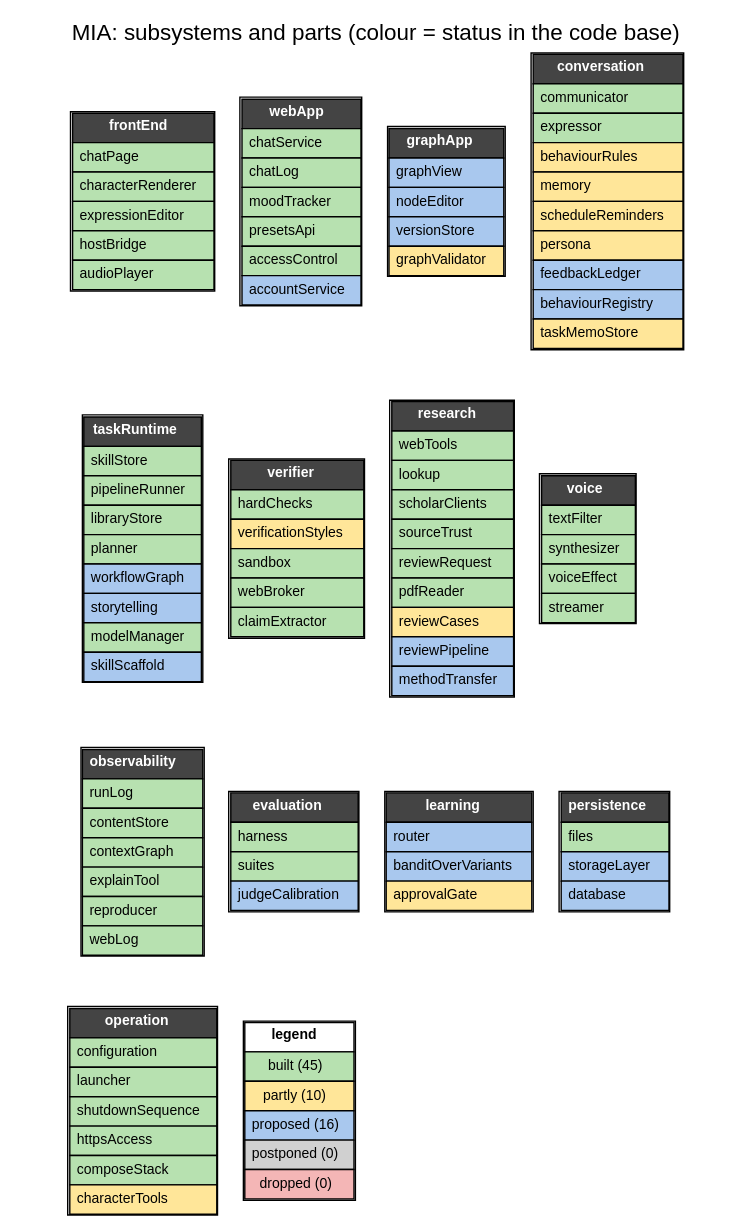
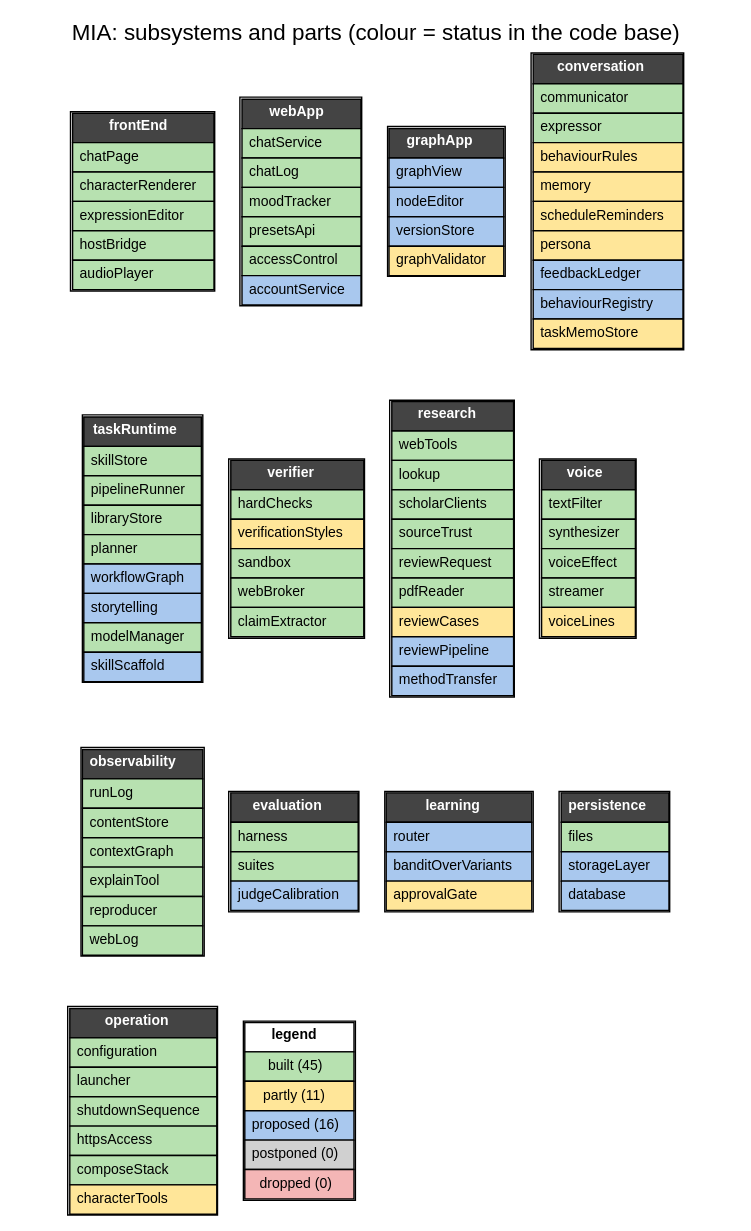
The diagram in specs/mia/diagrams/architecture.dot (maldun/MIA), drawn with Graphviz before and after one commit. The commit also changed 7 other files, not shown here.

Commit message:
specs/mia: FR-31 voice lines (were missing from the HLS), benchmark data stays as files in eval/, AC-13

```diff
--- a/specs/mia/diagrams/architecture.dot
+++ b/specs/mia/diagrams/architecture.dot
@@ -1,35 +1,35 @@
 digraph A {
 rankdir=TB; fontname="Helvetica"; node [shape=plain, fontname="Helvetica", fontsize=10]; edge [style=invis];
 label="MIA: subsystems and parts (colour = status in the code base)"; labelloc=t; fontsize=16;
 "frontEnd" [label=<<TABLE BORDER="1" CELLBORDER="1" CELLSPACING="0" CELLPADDING="4"><TR><TD BGCOLOR="#444444"><FONT COLOR="white"><B>frontEnd</B></FONT></TD></TR><TR><TD ALIGN="LEFT" BGCOLOR="#b7e1b0">chatPage</TD></TR><TR><TD ALIGN="LEFT" BGCOLOR="#b7e1b0">characterRenderer</TD></TR><TR><TD ALIGN="LEFT" BGCOLOR="#b7e1b0">expressionEditor</TD></TR><TR><TD ALIGN="LEFT" BGCOLOR="#b7e1b0">hostBridge</TD></TR><TR><TD ALIGN="LEFT" BGCOLOR="#b7e1b0">audioPlayer</TD></TR></TABLE>>];
 "webApp" [label=<<TABLE BORDER="1" CELLBORDER="1" CELLSPACING="0" CELLPADDING="4"><TR><TD BGCOLOR="#444444"><FONT COLOR="white"><B>webApp</B></FONT></TD></TR><TR><TD ALIGN="LEFT" BGCOLOR="#b7e1b0">chatService</TD></TR><TR><TD ALIGN="LEFT" BGCOLOR="#b7e1b0">chatLog</TD></TR><TR><TD ALIGN="LEFT" BGCOLOR="#b7e1b0">moodTracker</TD></TR><TR><TD ALIGN="LEFT" BGCOLOR="#b7e1b0">presetsApi</TD></TR><TR><TD ALIGN="LEFT" BGCOLOR="#b7e1b0">accessControl</TD></TR><TR><TD ALIGN="LEFT" BGCOLOR="#a9c8ee">accountService</TD></TR></TABLE>>];
 "graphApp" [label=<<TABLE BORDER="1" CELLBORDER="1" CELLSPACING="0" CELLPADDING="4"><TR><TD BGCOLOR="#444444"><FONT COLOR="white"><B>graphApp</B></FONT></TD></TR><TR><TD ALIGN="LEFT" BGCOLOR="#a9c8ee">graphView</TD></TR><TR><TD ALIGN="LEFT" BGCOLOR="#a9c8ee">nodeEditor</TD></TR><TR><TD ALIGN="LEFT" BGCOLOR="#a9c8ee">versionStore</TD></TR><TR><TD ALIGN="LEFT" BGCOLOR="#ffe699">graphValidator</TD></TR></TABLE>>];
 "conversation" [label=<<TABLE BORDER="1" CELLBORDER="1" CELLSPACING="0" CELLPADDING="4"><TR><TD BGCOLOR="#444444"><FONT COLOR="white"><B>conversation</B></FONT></TD></TR><TR><TD ALIGN="LEFT" BGCOLOR="#b7e1b0">communicator</TD></TR><TR><TD ALIGN="LEFT" BGCOLOR="#b7e1b0">expressor</TD></TR><TR><TD ALIGN="LEFT" BGCOLOR="#ffe699">behaviourRules</TD></TR><TR><TD ALIGN="LEFT" BGCOLOR="#ffe699">memory</TD></TR><TR><TD ALIGN="LEFT" BGCOLOR="#ffe699">scheduleReminders</TD></TR><TR><TD ALIGN="LEFT" BGCOLOR="#ffe699">persona</TD></TR><TR><TD ALIGN="LEFT" BGCOLOR="#a9c8ee">feedbackLedger</TD></TR><TR><TD ALIGN="LEFT" BGCOLOR="#a9c8ee">behaviourRegistry</TD></TR><TR><TD ALIGN="LEFT" BGCOLOR="#ffe699">taskMemoStore</TD></TR></TABLE>>];
 "taskRuntime" [label=<<TABLE BORDER="1" CELLBORDER="1" CELLSPACING="0" CELLPADDING="4"><TR><TD BGCOLOR="#444444"><FONT COLOR="white"><B>taskRuntime</B></FONT></TD></TR><TR><TD ALIGN="LEFT" BGCOLOR="#b7e1b0">skillStore</TD></TR><TR><TD ALIGN="LEFT" BGCOLOR="#b7e1b0">pipelineRunner</TD></TR><TR><TD ALIGN="LEFT" BGCOLOR="#b7e1b0">libraryStore</TD></TR><TR><TD ALIGN="LEFT" BGCOLOR="#b7e1b0">planner</TD></TR><TR><TD ALIGN="LEFT" BGCOLOR="#a9c8ee">workflowGraph</TD></TR><TR><TD ALIGN="LEFT" BGCOLOR="#a9c8ee">storytelling</TD></TR><TR><TD ALIGN="LEFT" BGCOLOR="#b7e1b0">modelManager</TD></TR><TR><TD ALIGN="LEFT" BGCOLOR="#a9c8ee">skillScaffold</TD></TR></TABLE>>];
 "verifier" [label=<<TABLE BORDER="1" CELLBORDER="1" CELLSPACING="0" CELLPADDING="4"><TR><TD BGCOLOR="#444444"><FONT COLOR="white"><B>verifier</B></FONT></TD></TR><TR><TD ALIGN="LEFT" BGCOLOR="#b7e1b0">hardChecks</TD></TR><TR><TD ALIGN="LEFT" BGCOLOR="#ffe699">verificationStyles</TD></TR><TR><TD ALIGN="LEFT" BGCOLOR="#b7e1b0">sandbox</TD></TR><TR><TD ALIGN="LEFT" BGCOLOR="#b7e1b0">webBroker</TD></TR><TR><TD ALIGN="LEFT" BGCOLOR="#b7e1b0">claimExtractor</TD></TR></TABLE>>];
 "research" [label=<<TABLE BORDER="1" CELLBORDER="1" CELLSPACING="0" CELLPADDING="4"><TR><TD BGCOLOR="#444444"><FONT COLOR="white"><B>research</B></FONT></TD></TR><TR><TD ALIGN="LEFT" BGCOLOR="#b7e1b0">webTools</TD></TR><TR><TD ALIGN="LEFT" BGCOLOR="#b7e1b0">lookup</TD></TR><TR><TD ALIGN="LEFT" BGCOLOR="#b7e1b0">scholarClients</TD></TR><TR><TD ALIGN="LEFT" BGCOLOR="#b7e1b0">sourceTrust</TD></TR><TR><TD ALIGN="LEFT" BGCOLOR="#b7e1b0">reviewRequest</TD></TR><TR><TD ALIGN="LEFT" BGCOLOR="#b7e1b0">pdfReader</TD></TR><TR><TD ALIGN="LEFT" BGCOLOR="#ffe699">reviewCases</TD></TR><TR><TD ALIGN="LEFT" BGCOLOR="#a9c8ee">reviewPipeline</TD></TR><TR><TD ALIGN="LEFT" BGCOLOR="#a9c8ee">methodTransfer</TD></TR></TABLE>>];
-"voice" [label=<<TABLE BORDER="1" CELLBORDER="1" CELLSPACING="0" CELLPADDING="4"><TR><TD BGCOLOR="#444444"><FONT COLOR="white"><B>voice</B></FONT></TD></TR><TR><TD ALIGN="LEFT" BGCOLOR="#b7e1b0">textFilter</TD></TR><TR><TD ALIGN="LEFT" BGCOLOR="#b7e1b0">synthesizer</TD></TR><TR><TD ALIGN="LEFT" BGCOLOR="#b7e1b0">voiceEffect</TD></TR><TR><TD ALIGN="LEFT" BGCOLOR="#b7e1b0">streamer</TD></TR></TABLE>>];
+"voice" [label=<<TABLE BORDER="1" CELLBORDER="1" CELLSPACING="0" CELLPADDING="4"><TR><TD BGCOLOR="#444444"><FONT COLOR="white"><B>voice</B></FONT></TD></TR><TR><TD ALIGN="LEFT" BGCOLOR="#b7e1b0">textFilter</TD></TR><TR><TD ALIGN="LEFT" BGCOLOR="#b7e1b0">synthesizer</TD></TR><TR><TD ALIGN="LEFT" BGCOLOR="#b7e1b0">voiceEffect</TD></TR><TR><TD ALIGN="LEFT" BGCOLOR="#b7e1b0">streamer</TD></TR><TR><TD ALIGN="LEFT" BGCOLOR="#ffe699">voiceLines</TD></TR></TABLE>>];
 "observability" [label=<<TABLE BORDER="1" CELLBORDER="1" CELLSPACING="0" CELLPADDING="4"><TR><TD BGCOLOR="#444444"><FONT COLOR="white"><B>observability</B></FONT></TD></TR><TR><TD ALIGN="LEFT" BGCOLOR="#b7e1b0">runLog</TD></TR><TR><TD ALIGN="LEFT" BGCOLOR="#b7e1b0">contentStore</TD></TR><TR><TD ALIGN="LEFT" BGCOLOR="#b7e1b0">contextGraph</TD></TR><TR><TD ALIGN="LEFT" BGCOLOR="#b7e1b0">explainTool</TD></TR><TR><TD ALIGN="LEFT" BGCOLOR="#b7e1b0">reproducer</TD></TR><TR><TD ALIGN="LEFT" BGCOLOR="#b7e1b0">webLog</TD></TR></TABLE>>];
 "evaluation" [label=<<TABLE BORDER="1" CELLBORDER="1" CELLSPACING="0" CELLPADDING="4"><TR><TD BGCOLOR="#444444"><FONT COLOR="white"><B>evaluation</B></FONT></TD></TR><TR><TD ALIGN="LEFT" BGCOLOR="#b7e1b0">harness</TD></TR><TR><TD ALIGN="LEFT" BGCOLOR="#b7e1b0">suites</TD></TR><TR><TD ALIGN="LEFT" BGCOLOR="#a9c8ee">judgeCalibration</TD></TR></TABLE>>];
 "learning" [label=<<TABLE BORDER="1" CELLBORDER="1" CELLSPACING="0" CELLPADDING="4"><TR><TD BGCOLOR="#444444"><FONT COLOR="white"><B>learning</B></FONT></TD></TR><TR><TD ALIGN="LEFT" BGCOLOR="#a9c8ee">router</TD></TR><TR><TD ALIGN="LEFT" BGCOLOR="#a9c8ee">banditOverVariants</TD></TR><TR><TD ALIGN="LEFT" BGCOLOR="#ffe699">approvalGate</TD></TR></TABLE>>];
 "persistence" [label=<<TABLE BORDER="1" CELLBORDER="1" CELLSPACING="0" CELLPADDING="4"><TR><TD BGCOLOR="#444444"><FONT COLOR="white"><B>persistence</B></FONT></TD></TR><TR><TD ALIGN="LEFT" BGCOLOR="#b7e1b0">files</TD></TR><TR><TD ALIGN="LEFT" BGCOLOR="#a9c8ee">storageLayer</TD></TR><TR><TD ALIGN="LEFT" BGCOLOR="#a9c8ee">database</TD></TR></TABLE>>];
 "operation" [label=<<TABLE BORDER="1" CELLBORDER="1" CELLSPACING="0" CELLPADDING="4"><TR><TD BGCOLOR="#444444"><FONT COLOR="white"><B>operation</B></FONT></TD></TR><TR><TD ALIGN="LEFT" BGCOLOR="#b7e1b0">configuration</TD></TR><TR><TD ALIGN="LEFT" BGCOLOR="#b7e1b0">launcher</TD></TR><TR><TD ALIGN="LEFT" BGCOLOR="#b7e1b0">shutdownSequence</TD></TR><TR><TD ALIGN="LEFT" BGCOLOR="#b7e1b0">httpsAccess</TD></TR><TR><TD ALIGN="LEFT" BGCOLOR="#b7e1b0">composeStack</TD></TR><TR><TD ALIGN="LEFT" BGCOLOR="#ffe699">characterTools</TD></TR></TABLE>>];
-"legend" [label=<<TABLE BORDER="1" CELLBORDER="1" CELLSPACING="0" CELLPADDING="4"><TR><TD><B>legend</B></TD></TR><TR><TD BGCOLOR="#b7e1b0">built (45)</TD></TR><TR><TD BGCOLOR="#ffe699">partly (10)</TD></TR><TR><TD BGCOLOR="#a9c8ee">proposed (16)</TD></TR><TR><TD BGCOLOR="#d0d0d0">postponed (0)</TD></TR><TR><TD BGCOLOR="#f4b6b6">dropped (0)</TD></TR></TABLE>>];
+"legend" [label=<<TABLE BORDER="1" CELLBORDER="1" CELLSPACING="0" CELLPADDING="4"><TR><TD><B>legend</B></TD></TR><TR><TD BGCOLOR="#b7e1b0">built (45)</TD></TR><TR><TD BGCOLOR="#ffe699">partly (11)</TD></TR><TR><TD BGCOLOR="#a9c8ee">proposed (16)</TD></TR><TR><TD BGCOLOR="#d0d0d0">postponed (0)</TD></TR><TR><TD BGCOLOR="#f4b6b6">dropped (0)</TD></TR></TABLE>>];
 { rank=same; "frontEnd"; "webApp"; "graphApp"; "conversation"; }
 "frontEnd" -> "webApp";
 "webApp" -> "graphApp";
 "graphApp" -> "conversation";
 "frontEnd" -> "taskRuntime";
 { rank=same; "taskRuntime"; "verifier"; "research"; "voice"; }
 "taskRuntime" -> "verifier";
 "verifier" -> "research";
 "research" -> "voice";
 "taskRuntime" -> "observability";
 { rank=same; "observability"; "evaluation"; "learning"; "persistence"; }
 "observability" -> "evaluation";
 "evaluation" -> "learning";
 "learning" -> "persistence";
 "observability" -> "operation";
 { rank=same; "operation"; "legend"; }
 "operation" -> "legend";
 }
```
